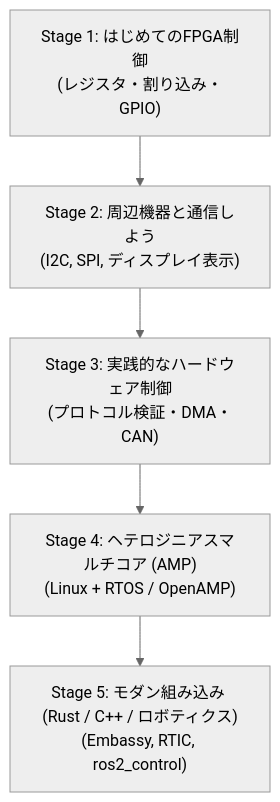
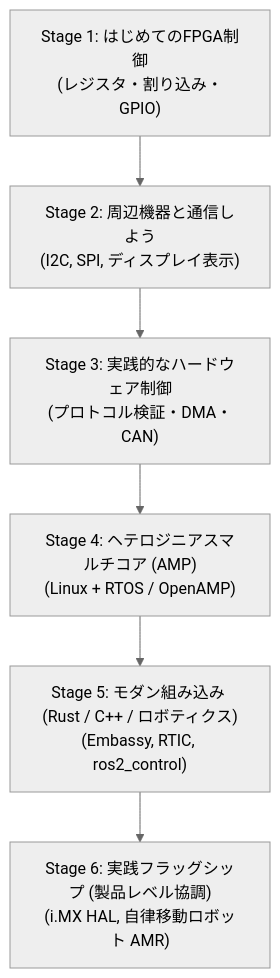
One commit to sirosiro/FPGA-BoardlessBench changed the diagram in docs/architecture/AddInfo_Learning_Roadmap.md. Above: the diagram before and after it, drawn with Mermaid (neutral theme). The commit also changed other lines of this file and 6 other files, not shown here.

First line of the commit message:
feat(docs): update documentation structure and roadmap tracking

````diff
--- a/docs/architecture/AddInfo_Learning_Roadmap.md
+++ b/docs/architecture/AddInfo_Learning_Roadmap.md
@@ -7,10 +7,11 @@
 ```mermaid
 flowchart TD
     S1["Stage 1: はじめてのFPGA制御\n(レジスタ・割り込み・GPIO)"]
     S2["Stage 2: 周辺機器と通信しよう\n(I2C, SPI, ディスプレイ表示)"]
     S3["Stage 3: 実践的なハードウェア制御\n(プロトコル検証・DMA・CAN)"]
     S4["Stage 4: ヘテロジニアスマルチコア (AMP)\n(Linux + RTOS / OpenAMP)"]
     S5["Stage 5: モダン組み込み (Rust / C++ / ロボティクス)\n(Embassy, RTIC, ros2_control)"]
+    S6["Stage 6: 実践フラッグシップ (製品レベル協調)\n(i.MX HAL, 自律移動ロボット AMR)"]
 
-    S1 --> S2 --> S3 --> S4 --> S5
+    S1 --> S2 --> S3 --> S4 --> S5 --> S6
 ```
````
